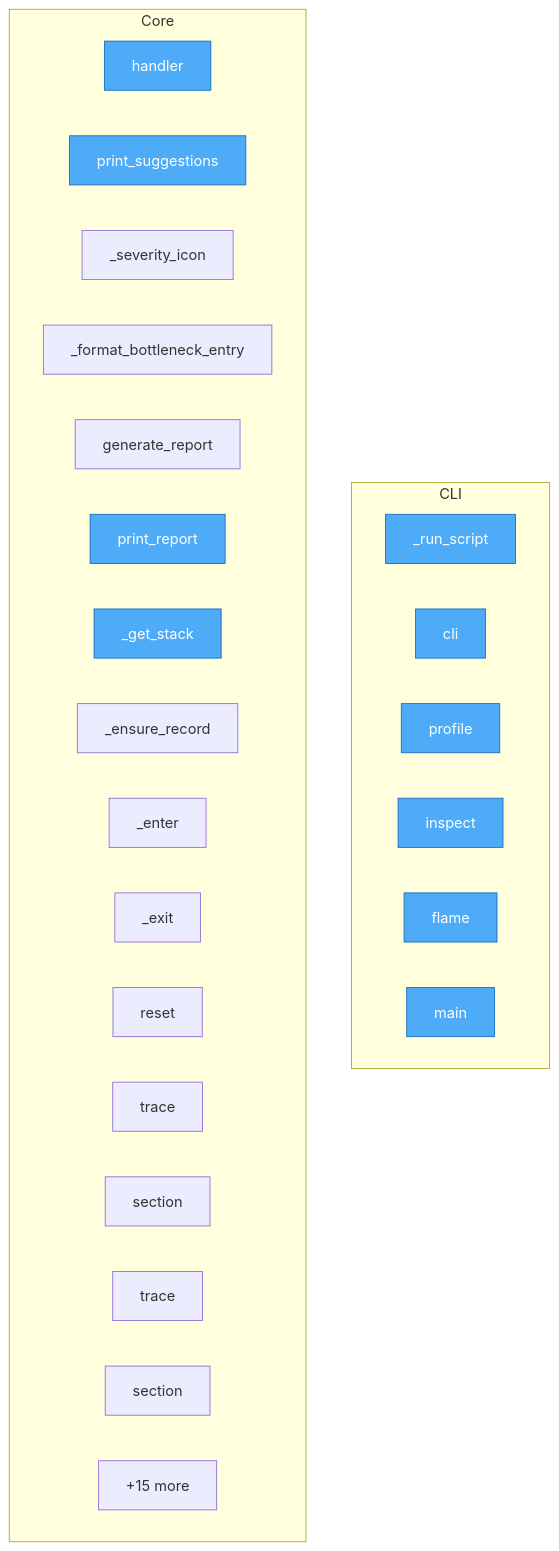
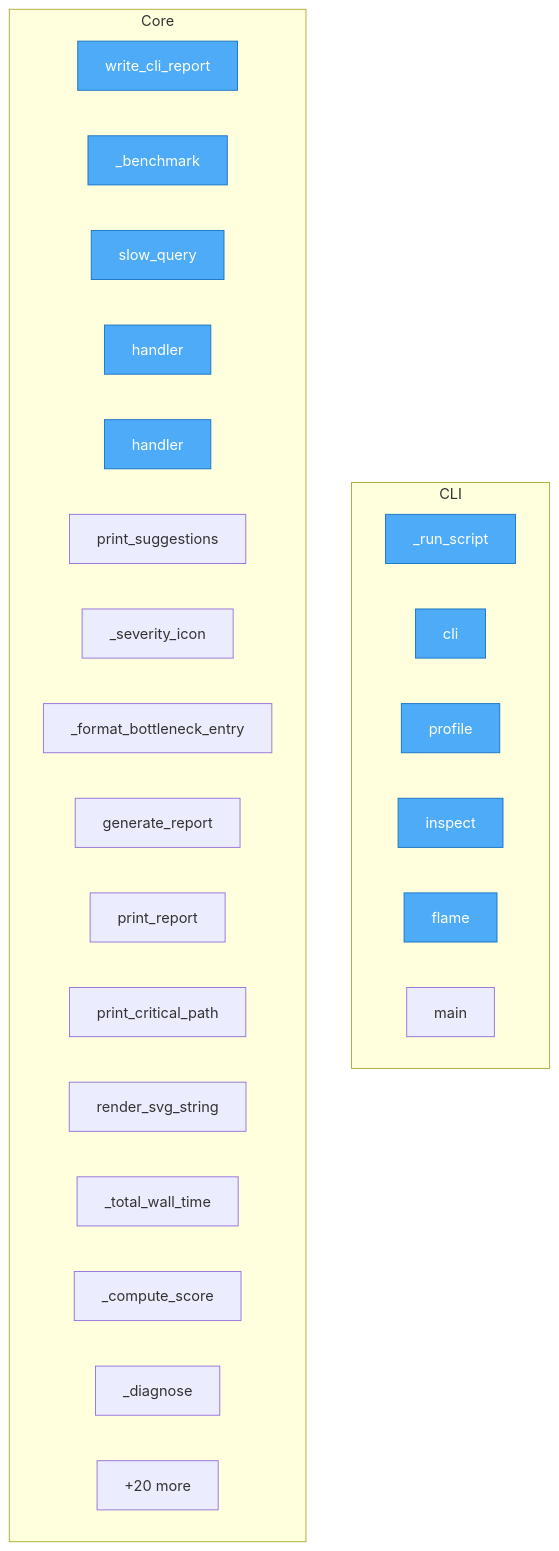
The diagram in project/flow.mmd (semcod/metrun), drawn with Mermaid before and after one commit. The commit also changed 34 other files, not shown here.

```diff
--- a/project/flow.mmd
+++ b/project/flow.mmd
@@ -1,34 +1,34 @@
 flowchart TD
 
     %% Entry points (blue)
     classDef entry fill:#4dabf7,stroke:#1971c2,color:#fff
 
     subgraph CLI
         metrun__cli___run_script["_run_script"]
         metrun__cli__cli["cli"]
         metrun__cli__profile["profile"]
         metrun__cli__inspect["inspect"]
         metrun__cli__flame["flame"]
         metrun__cli__main["main"]
     end
 
     subgraph Core
+        project__write_cli_report["write_cli_report"]
+        project___benchmark["_benchmark"]
+        project__slow_query["slow_query"]
+        project__handler["handler"]
         demo__handler["handler"]
         metrun__suggestions__print_suggestions["print_suggestions"]
         metrun__report___severity_icon["_severity_icon"]
         metrun__report___format_bottleneck_entry["_format_bottleneck_entry"]
         metrun__report__generate_report["generate_report"]
         metrun__report__print_report["print_report"]
-        metrun__profiler__ExecutionTracer___get_stack["_get_stack"]
-        metrun__profiler__ExecutionTracer___ensure_record["_ensure_record"]
-        metrun__profiler__ExecutionTracer___enter["_enter"]
-        metrun__profiler__ExecutionTracer___exit["_exit"]
-        metrun__profiler__ExecutionTracer__reset["reset"]
-        metrun__profiler__ExecutionTracer__trace["trace"]
-        metrun__profiler__ExecutionTracer__section["section"]
-        metrun__profiler__trace["trace"]
-        metrun__profiler__section["section"]
-        ...["+15 more"]
+        metrun__critical_path__print_critical_path["print_critical_path"]
+        metrun__flamegraph__render_svg_string["render_svg_string"]
+        metrun__bottleneck__BottleneckEngine___total_wall_time["_total_wall_time"]
+        metrun__bottleneck__BottleneckEngine___compute_score["_compute_score"]
+        metrun__bottleneck__BottleneckEngine___diagnose["_diagnose"]
+        ...["+20 more"]
     end
 
-    class demo__handler,metrun__cli___run_script,metrun__cli__cli,metrun__cli__profile,metrun__cli__inspect,metrun__cli__flame,metrun__cli__main,metrun__suggestions__print_suggestions,metrun__report__print_report,metrun__profiler__ExecutionTracer___get_stack entry
+    class project__write_cli_report,project___benchmark,project__slow_query,project__handler,demo__handler,metrun__cli___run_script,metrun__cli__cli,metrun__cli__profile,metrun__cli__inspect,metrun__cli__flame entry
```
